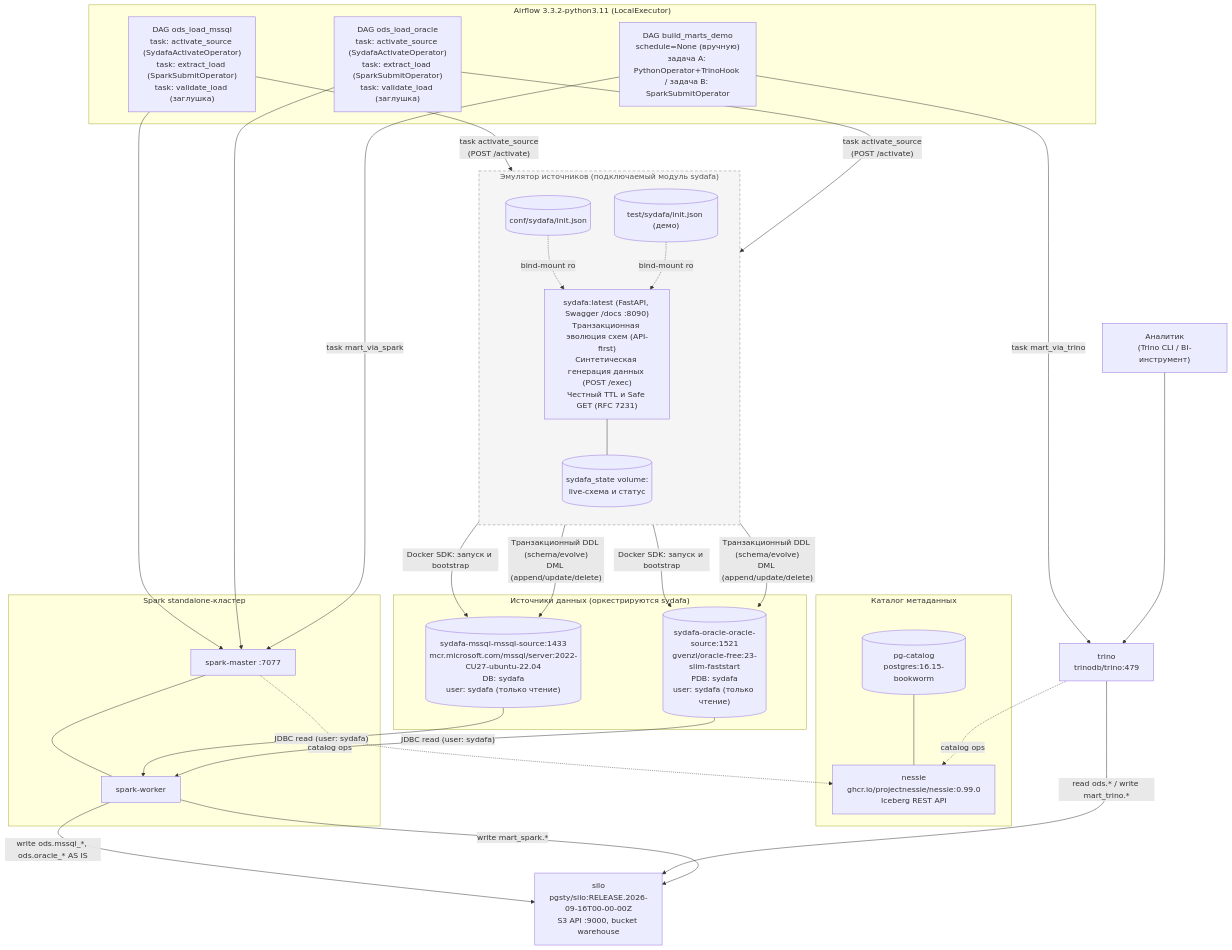
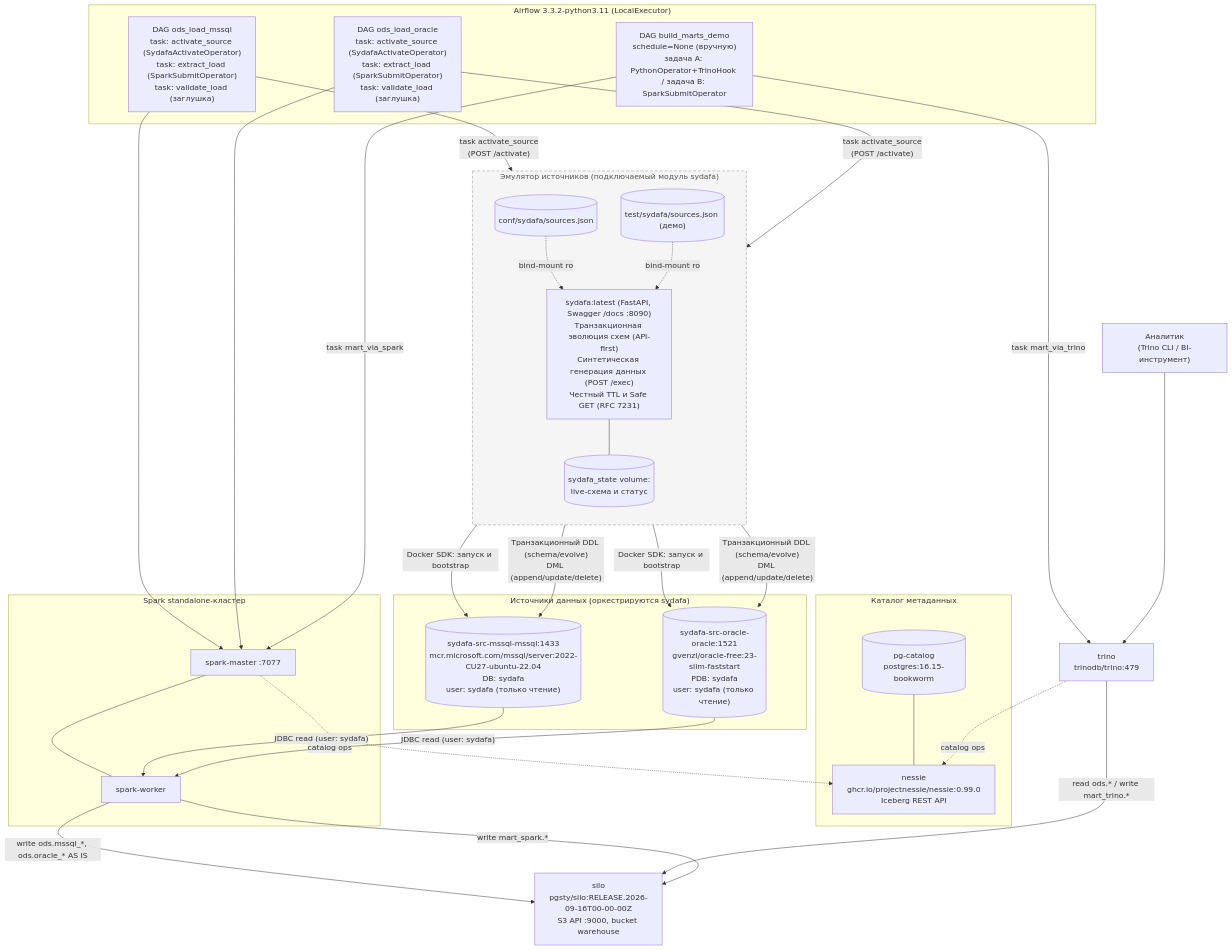
The diagram in README.md (georgekochergin/datalake_stand), drawn with Mermaid before and after one commit. The commit also changed other lines of this file and 8 other files, not shown here.

Commit message:
feat(sydafa): switch to sources.json, sydafa-src-<type>-<name> hostnames, and remove SYDAFA_EXT_PORT_*

````diff
--- a/README.md
+++ b/README.md
@@ -26,67 +26,67 @@
 ```mermaid
 flowchart TB
     ANALYST["Аналитик\n(Trino CLI / BI-инструмент)"]
 
     subgraph Sources["Источники данных (оркестрируются sydafa)"]
-        MSSQL[("sydafa-mssql-mssql-source:1433\nmcr.microsoft.com/mssql/server:2022-CU27-ubuntu-22.04\nDB: sydafa\nuser: sydafa (только чтение)")]
-        ORA[("sydafa-oracle-oracle-source:1521\ngvenzl/oracle-free:23-slim-faststart\nPDB: sydafa\nuser: sydafa (только чтение)")]
+        MSSQL[("sydafa-src-mssql-mssql:1433\nmcr.microsoft.com/mssql/server:2022-CU27-ubuntu-22.04\nDB: sydafa\nuser: sydafa (только чтение)")]
+        ORA[("sydafa-src-oracle-oracle:1521\ngvenzl/oracle-free:23-slim-faststart\nPDB: sydafa\nuser: sydafa (только чтение)")]
     end
 
     subgraph SydafaService["Эмулятор источников (подключаемый модуль sydafa)"]
         direction TB
-        CFG1[("conf/sydafa/init.json")]
-        CFG2[("test/sydafa/init.json (демо)")]
+        CFG1[("conf/sydafa/sources.json")]
+        CFG2[("test/sydafa/sources.json (демо)")]
         API["sydafa:latest (FastAPI, Swagger /docs :8090)\nТранзакционная эволюция схем (API-first)\nСинтетическая генерация данных (POST /exec)\nЧестный TTL и Safe GET (RFC 7231)"]
         STATE[("sydafa_state volume:\nlive-схема и статус")]
         CFG1 -. "bind-mount ro" .-> API
         CFG2 -. "bind-mount ro" .-> API
         API --- STATE
     end
 
     subgraph Catalog["Каталог метаданных"]
         PGC[("pg-catalog\npostgres:16.15-bookworm")]
         NESSIE["nessie\nghcr.io/projectnessie/nessie:0.99.0\nIceberg REST API"]
         PGC --- NESSIE
     end
 
     SILO["silo\npgsty/silo:RELEASE.2026-09-16T00-00-00Z\nS3 API :9000, bucket warehouse"]
 
     subgraph SparkCluster["Spark standalone-кластер"]
         SM["spark-master :7077"]
         SW["spark-worker"]
         SM --- SW
     end
 
     TRINO["trino\ntrinodb/trino:479"]
 
     subgraph Orchestration["Airflow 3.3.2-python3.11 (LocalExecutor)"]
         D1["DAG ods_load_mssql\ntask: activate_source (SydafaActivateOperator)\ntask: extract_load (SparkSubmitOperator)\ntask: validate_load (заглушка)"]
         D2["DAG ods_load_oracle\ntask: activate_source (SydafaActivateOperator)\ntask: extract_load (SparkSubmitOperator)\ntask: validate_load (заглушка)"]
         D3["DAG build_marts_demo\nschedule=None (вручную)\nзадача A: PythonOperator+TrinoHook / задача B: SparkSubmitOperator"]
     end
 
     API -- "Docker SDK: запуск и bootstrap" --> MSSQL
     API -- "Docker SDK: запуск и bootstrap" --> ORA
     API -- "Транзакционный DDL (schema/evolve)\nDML (append/update/delete)" --> MSSQL
     API -- "Транзакционный DDL (schema/evolve)\nDML (append/update/delete)" --> ORA
 
     D1 -- "task activate_source\n(POST /activate)" --> API
     D2 -- "task activate_source\n(POST /activate)" --> API
 
     D1 --> SM
     D2 --> SM
     MSSQL -- "JDBC read (user: sydafa)" --> SW
     ORA -- "JDBC read (user: sydafa)" --> SW
     SW -- "write ods.mssql_*, ods.oracle_* AS IS" --> SILO
     SM -. "catalog ops" .-> NESSIE
 
     D3 -- "task mart_via_trino" --> TRINO
     D3 -- "task mart_via_spark" --> SM
     TRINO -. "catalog ops" .-> NESSIE
     TRINO -- "read ods.* / write mart_trino.*" --> SILO
     SW -- "write mart_spark.*" --> SILO
 
     ANALYST --> TRINO
 
     style SydafaService stroke-dasharray: 6 4,stroke:#888,fill:#f5f5f5,color:#555
 ```
````
